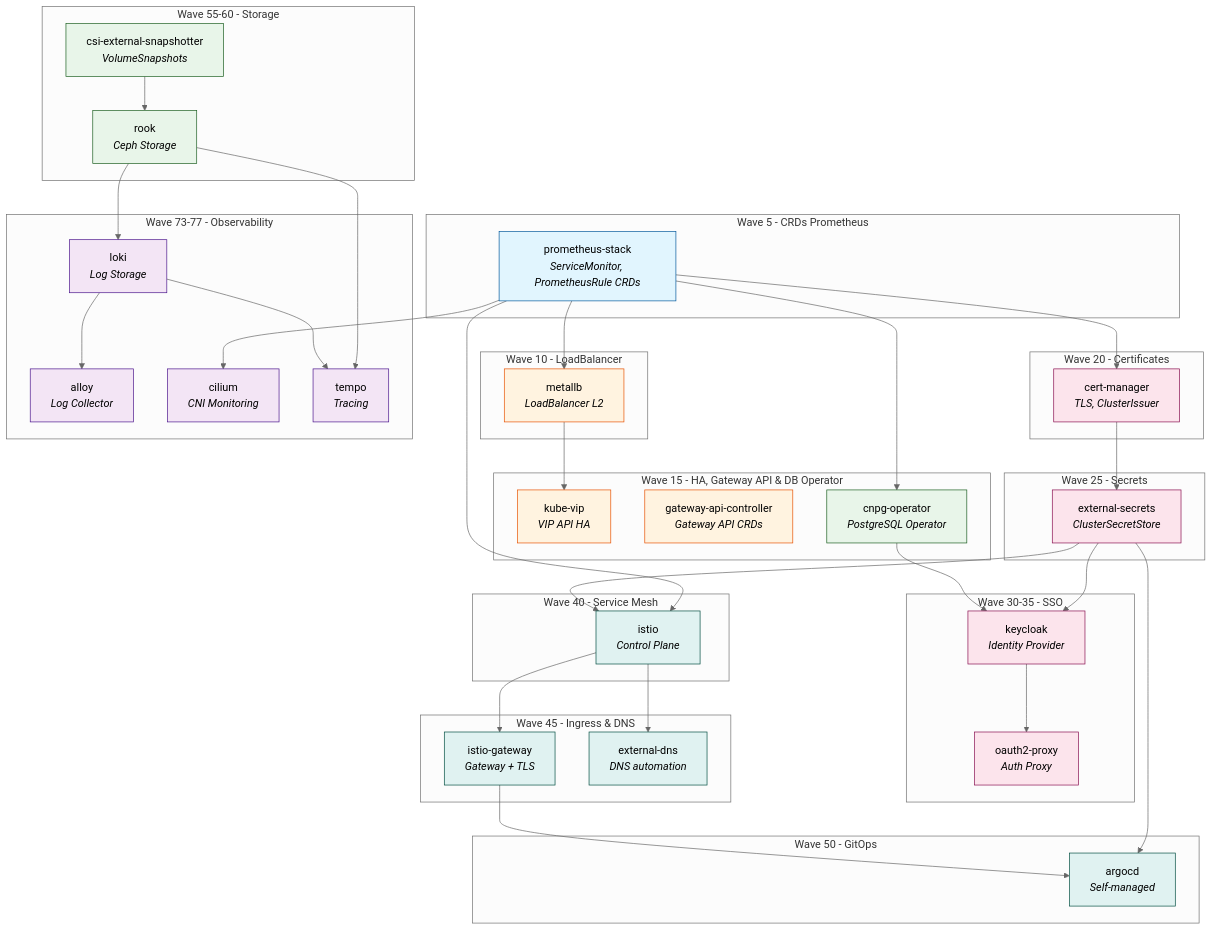
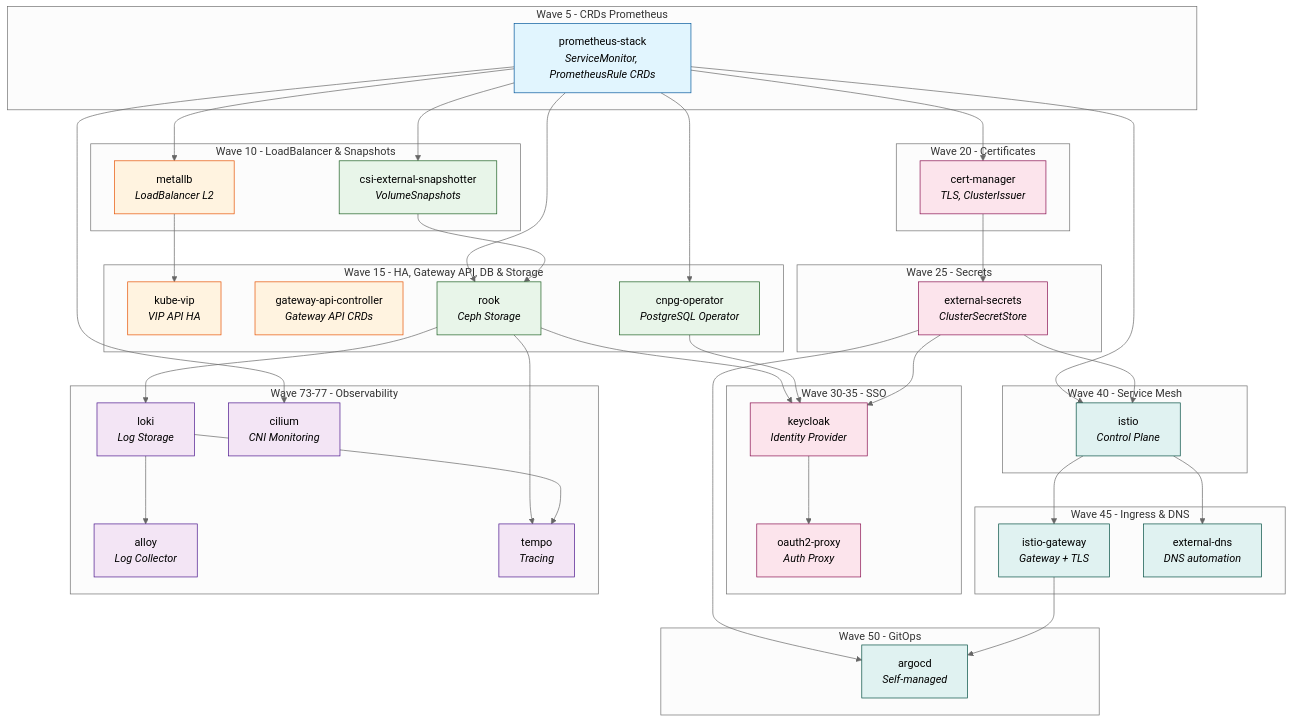
Before and after one commit to gigi206/k8s: the diagram in deploy/argocd/README.md, drawn with Mermaid (neutral theme). The commit also changed other lines of this file and 2 other files, not shown here.

Commit message:
perf(argocd): move storage earlier for faster Keycloak PVC provisioning
- csi-external-snapshotter: wave 55 → 10
- rook: wave 60 → 15

Ceph storage now starts alongside other early components, allowing
Keycloak's PVC to be provisioned as soon as it's created (wave 30).

```diff
--- a/deploy/argocd/README.md
+++ b/deploy/argocd/README.md
@@ -112,14 +112,16 @@
         prometheus-stack["prometheus-stack<br/><i>ServiceMonitor, PrometheusRule CRDs</i>"]
     end
 
-    subgraph wave10["Wave 10 - LoadBalancer"]
+    subgraph wave10["Wave 10 - LoadBalancer & Snapshots"]
         metallb["metallb<br/><i>LoadBalancer L2</i>"]
+        csi-snapshotter["csi-external-snapshotter<br/><i>VolumeSnapshots</i>"]
     end
 
-    subgraph wave15["Wave 15 - HA, Gateway API & DB Operator"]
+    subgraph wave15["Wave 15 - HA, Gateway API, DB & Storage"]
         kube-vip["kube-vip<br/><i>VIP API HA</i>"]
         gateway-api["gateway-api-controller<br/><i>Gateway API CRDs</i>"]
         cnpg["cnpg-operator<br/><i>PostgreSQL Operator</i>"]
+        rook["rook<br/><i>Ceph Storage</i>"]
     end
 
     subgraph wave20["Wave 20 - Certificates"]
@@ -148,11 +150,6 @@
         argocd["argocd<br/><i>Self-managed</i>"]
     end
 
-    subgraph wave55-60["Wave 55-60 - Storage"]
-        csi-snapshotter["csi-external-snapshotter<br/><i>VolumeSnapshots</i>"]
-        rook["rook<br/><i>Ceph Storage</i>"]
-    end
-
     subgraph wave73-77["Wave 73-77 - Observability"]
         loki["loki<br/><i>Log Storage</i>"]
         alloy["alloy<br/><i>Log Collector</i>"]
@@ -162,18 +159,21 @@
 
     %% Dependencies
     prometheus-stack --> metallb
+    prometheus-stack --> csi-snapshotter
+    prometheus-stack --> cnpg
+    prometheus-stack --> rook
     prometheus-stack --> cert-manager
-    prometheus-stack --> cnpg
     prometheus-stack --> istio
     prometheus-stack --> cilium
 
     metallb --> kube-vip
+    csi-snapshotter --> rook
 
     cert-manager --> external-secrets
 
+    rook --> keycloak
+    cnpg --> keycloak
     external-secrets --> keycloak
-
-    cnpg --> keycloak
 
     keycloak --> oauth2-proxy
 
@@ -184,8 +184,6 @@
     istio --> external-dns
 
     istio-gateway --> argocd
-
-    csi-snapshotter --> rook
 
     rook --> loki
     rook --> tempo
```
